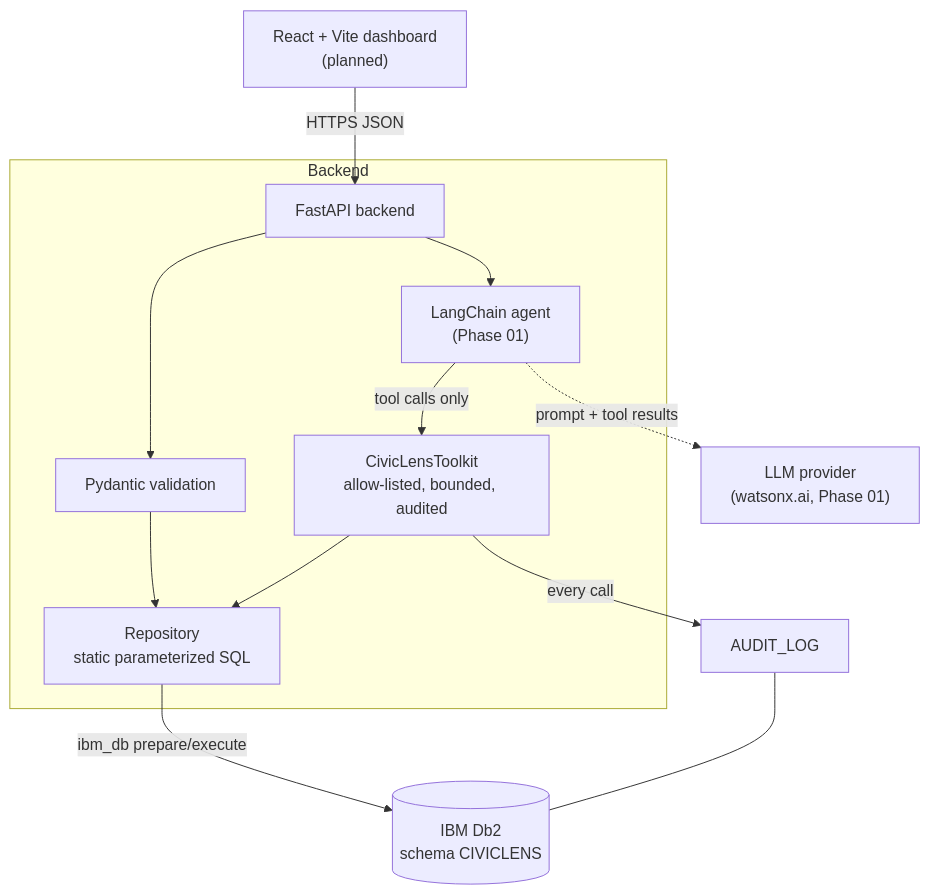
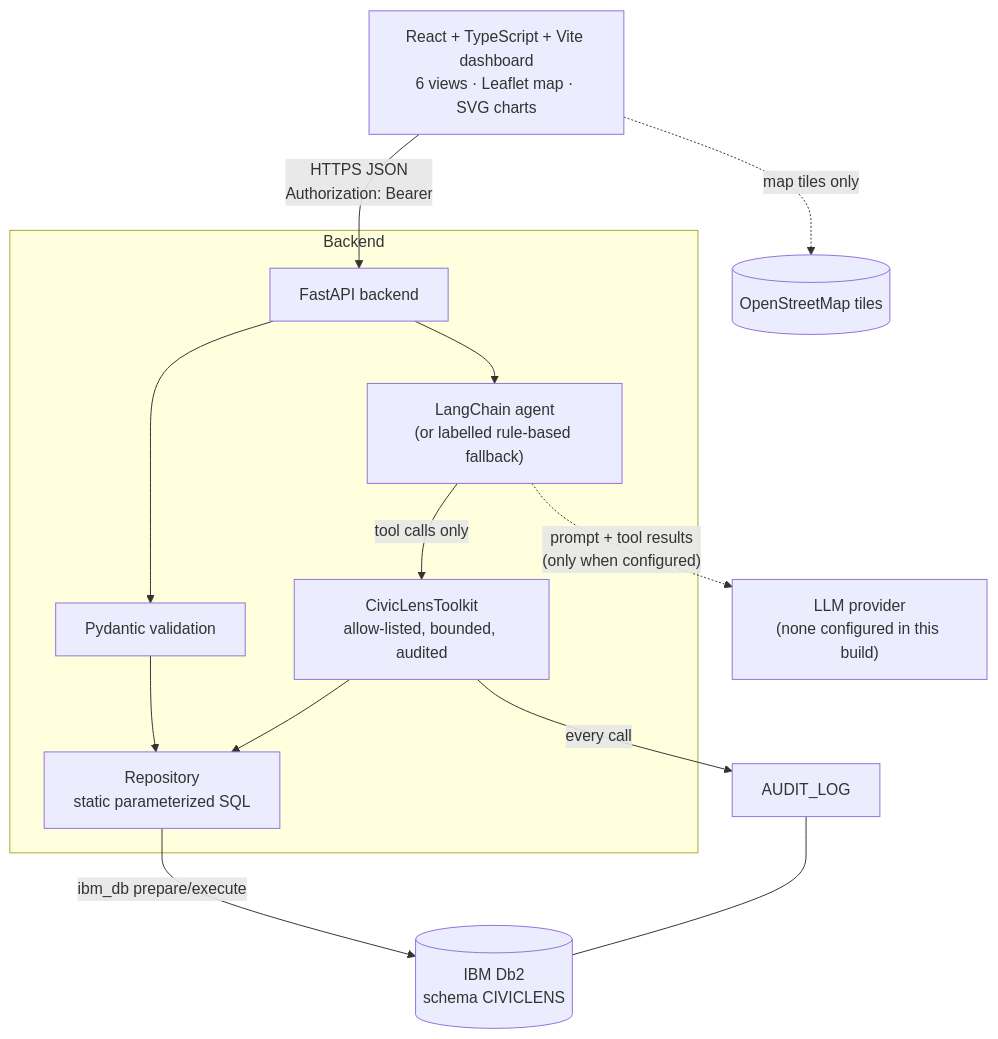
One commit to tej-1916/IBM_Db2_TechX_Project_Submission changed the diagram in submissions/civiclens-ai/architecture.md. Above: the diagram before and after it, drawn with Mermaid. The commit also changed other lines of this file and 164 other files, not shown here.

````diff
--- a/submissions/civiclens-ai/architecture.md
+++ b/submissions/civiclens-ai/architecture.md
@@ -8,15 +8,16 @@
 ```mermaid
 graph TD
-    UI["React + Vite dashboard<br/>(planned)"] -->|HTTPS JSON| API[FastAPI backend]
+    UI["React + TypeScript + Vite dashboard<br/>6 views · Leaflet map · SVG charts"] -->|"HTTPS JSON<br/>Authorization: Bearer"| API[FastAPI backend]
+    UI -.->|map tiles only| OSM[(OpenStreetMap tiles)]
     subgraph Backend
       API --> V[Pydantic validation]
       V --> R[Repository<br/>static parameterized SQL]
-      API --> AG["LangChain agent<br/>(Phase 01)"]
+      API --> AG["LangChain agent<br/>(or labelled rule-based fallback)"]
       AG -->|tool calls only| TK[CivicLensToolkit<br/>allow-listed, bounded, audited]
       TK --> R
     end
     R -->|ibm_db prepare/execute| DB2[(IBM Db2<br/>schema CIVICLENS)]
     TK -->|every call| AUD[AUDIT_LOG]
     AUD --- DB2
-    AG -.->|prompt + tool results| LLM["LLM provider<br/>(watsonx.ai, Phase 01)"]
+    AG -.->|"prompt + tool results<br/>(only when configured)"| LLM["LLM provider<br/>(none configured in this build)"]
 ```
````
